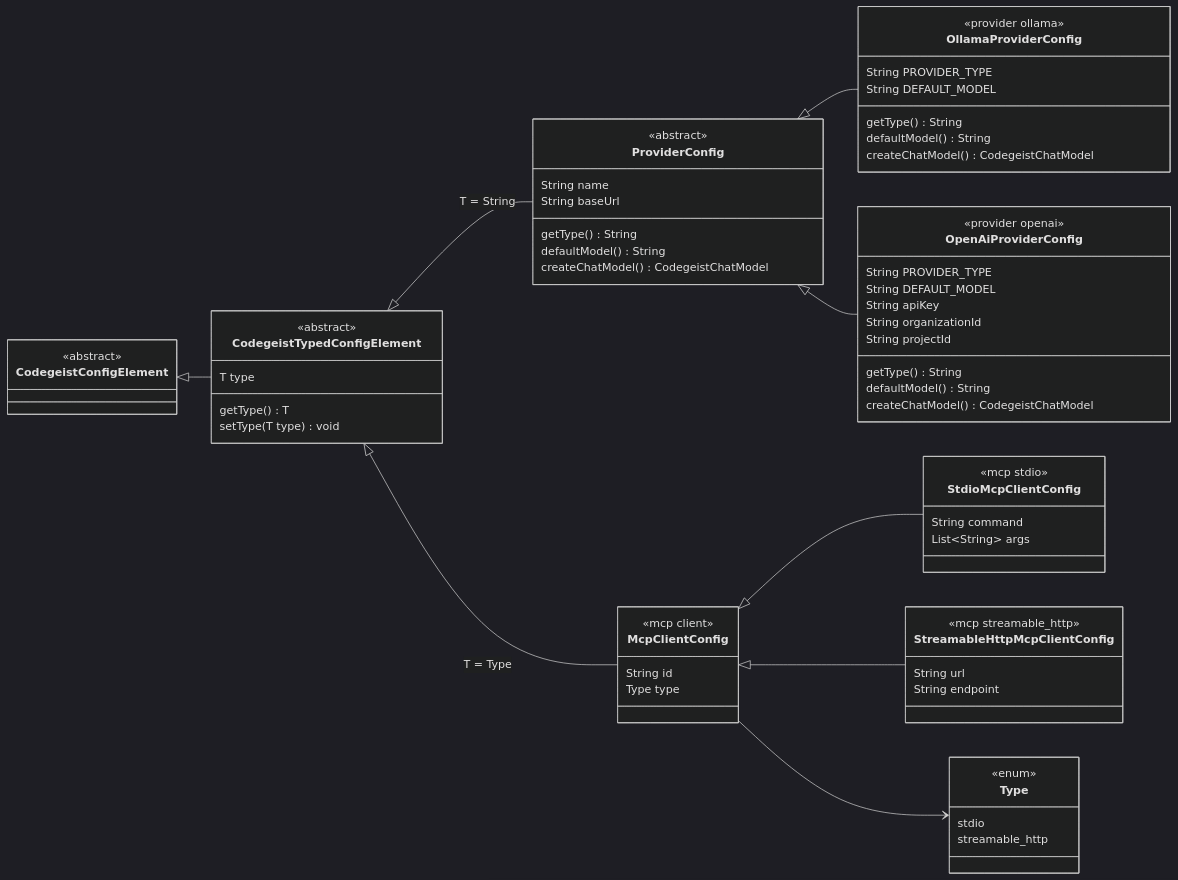
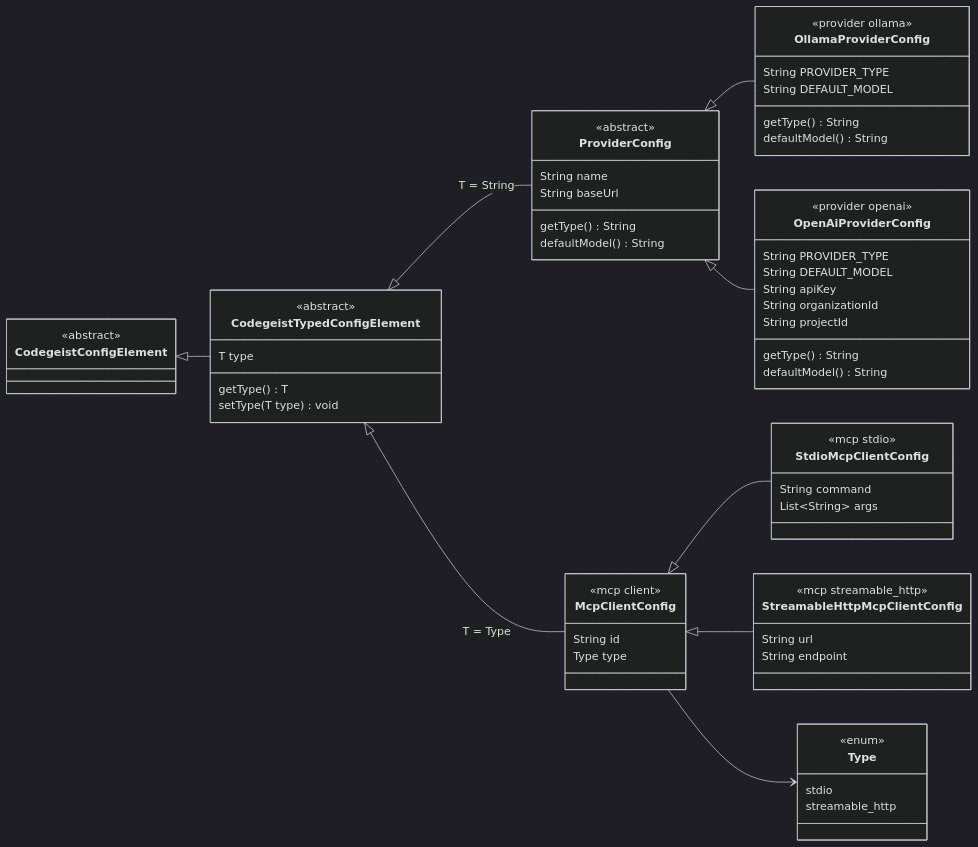
The first of 7 diagrams in docs/developer/architecture/provider-configuration.md (codegeist-ai/codegeist), drawn with Mermaid (dark theme) before and after one commit. The commit also changed other lines of this file and 45 other files, not shown here.

````diff
--- a/docs/developer/architecture/provider-configuration.md
+++ b/docs/developer/architecture/provider-configuration.md
@@ -209,78 +213,75 @@
 ```mermaid
 classDiagram
     direction LR
 
     class CodegeistConfigElement {
       <<abstract>>
     }
 
     class CodegeistTypedConfigElement {
       <<abstract>>
       T type
       getType() T
       setType(T type) void
     }
 
     class ProviderConfig {
       <<abstract>>
       String name
       String baseUrl
       getType() String
       defaultModel() String
-      createChatModel() CodegeistChatModel
     }
 
     class OllamaProviderConfig {
       <<provider ollama>>
       String PROVIDER_TYPE
       String DEFAULT_MODEL
       getType() String
       defaultModel() String
-      createChatModel() CodegeistChatModel
     }
 
     class OpenAiProviderConfig {
       <<provider openai>>
       String PROVIDER_TYPE
       String DEFAULT_MODEL
       String apiKey
       String organizationId
       String projectId
       getType() String
       defaultModel() String
-      createChatModel() CodegeistChatModel
     }
 
     class McpClientConfig {
       <<mcp client>>
       String id
       Type type
     }
 
     class StdioMcpClientConfig {
       <<mcp stdio>>
       String command
       List~String~ args
     }
 
     class StreamableHttpMcpClientConfig {
       <<mcp streamable_http>>
       String url
       String endpoint
     }
 
     class Type {
       <<enum>>
       stdio
       streamable_http
     }
 
     CodegeistConfigElement <|-- CodegeistTypedConfigElement
     CodegeistTypedConfigElement <|-- ProviderConfig : T = String
     ProviderConfig <|-- OllamaProviderConfig
     ProviderConfig <|-- OpenAiProviderConfig
     CodegeistTypedConfigElement <|-- McpClientConfig : T = Type
     McpClientConfig <|-- StdioMcpClientConfig
     McpClientConfig <|-- StreamableHttpMcpClientConfig
     McpClientConfig --> Type
 ```
````
